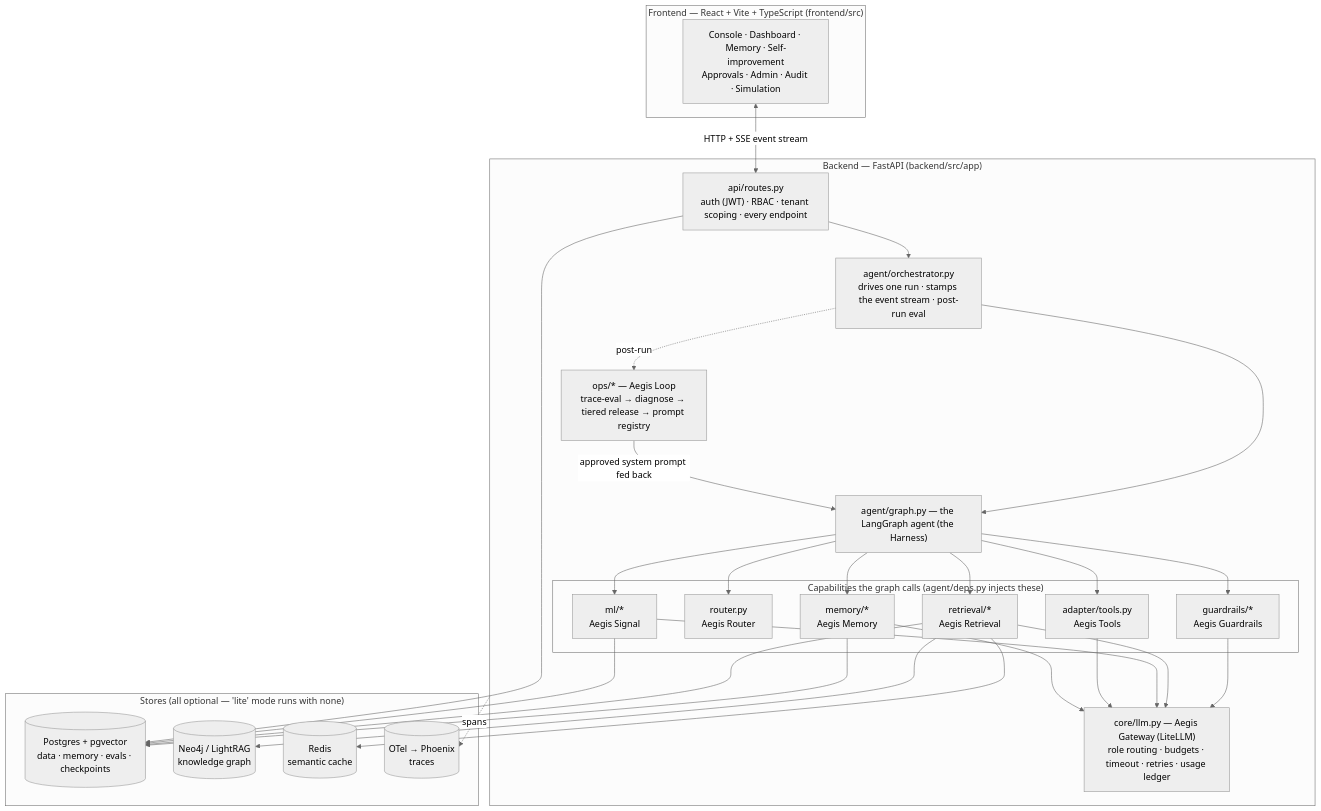
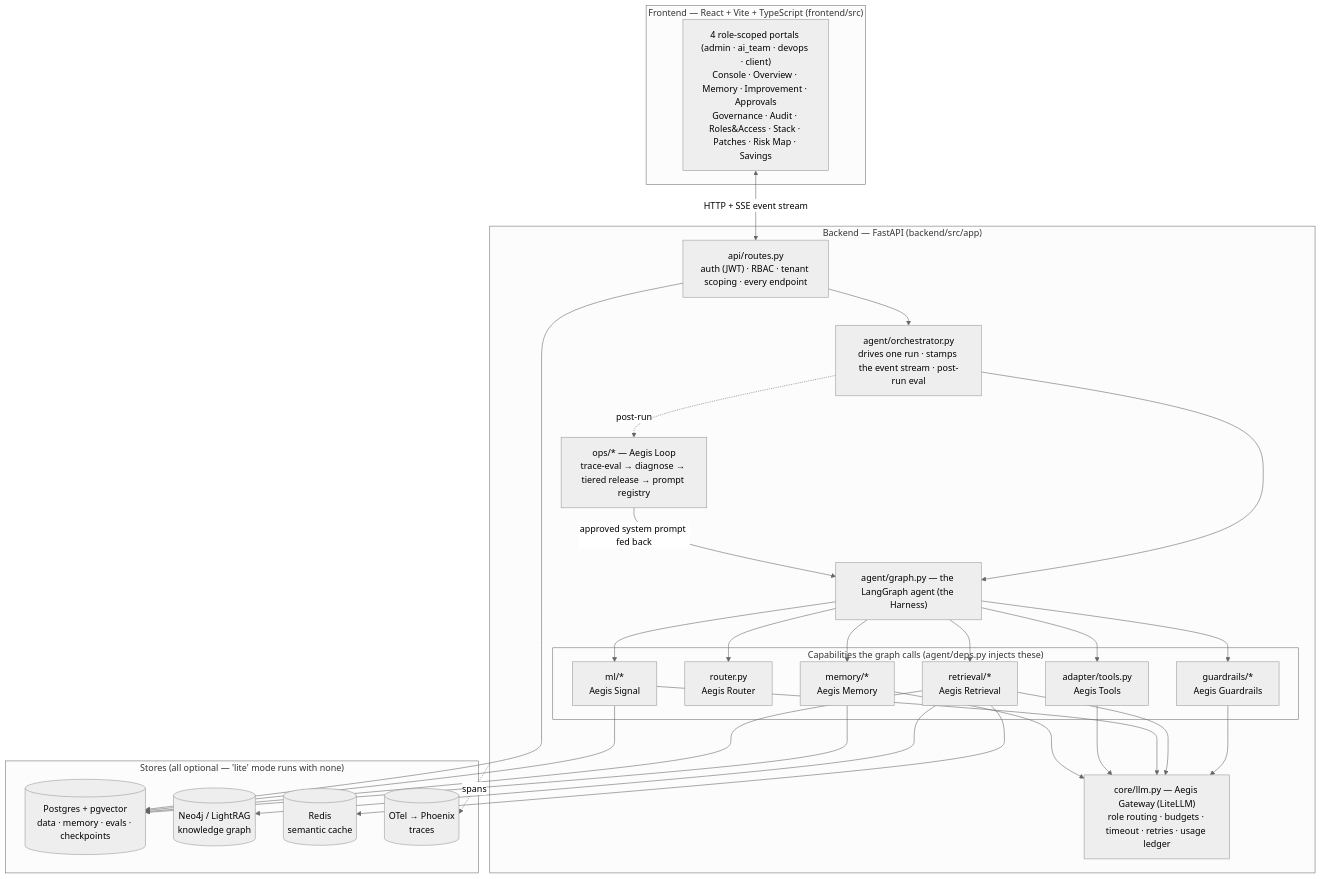
The second of 3 diagrams in docs/learn/00-overview.md (yrevash/aegis), drawn with Mermaid (neutral theme) before and after one commit. The commit also changed other lines of this file and 7 other files, not shown here.

````diff
--- a/docs/learn/00-overview.md
+++ b/docs/learn/00-overview.md
@@ -67,42 +67,42 @@
 ```mermaid
 flowchart TB
     subgraph FE["Frontend — React + Vite + TypeScript (frontend/src)"]
-        UI["Console · Dashboard · Memory · Self-improvement<br/>Approvals · Admin · Audit · Simulation"]
+        UI["4 role-scoped portals (admin · ai_team · devops · client)<br/>Console · Overview · Memory · Improvement · Approvals<br/>Governance · Audit · Roles&Access · Stack · Patches · Risk Map · Savings"]
     end
 
     subgraph BE["Backend — FastAPI (backend/src/app)"]
         R["api/routes.py<br/>auth (JWT) · RBAC · tenant scoping · every endpoint"]
         O["agent/orchestrator.py<br/>drives one run · stamps the event stream · post-run eval"]
         G["agent/graph.py — the LangGraph agent (the Harness)"]
         R --> O --> G
 
         subgraph CAPS["Capabilities the graph calls (agent/deps.py injects these)"]
             GR["guardrails/*<br/>Aegis Guardrails"]
             RT["router.py<br/>Aegis Router"]
             MEM["memory/*<br/>Aegis Memory"]
             RET["retrieval/*<br/>Aegis Retrieval"]
             ML["ml/*<br/>Aegis Signal"]
             TL["adapter/tools.py<br/>Aegis Tools"]
         end
         G --> GR & RT & MEM & RET & ML & TL
 
         GW["core/llm.py — Aegis Gateway (LiteLLM)<br/>role routing · budgets · timeout · retries · usage ledger"]
         GR & RET & ML & TL & MEM --> GW
 
         OPS["ops/* — Aegis Loop<br/>trace-eval → diagnose → tiered release → prompt registry"]
         O -.post-run.-> OPS
     end
 
     subgraph STORES["Stores (all optional — 'lite' mode runs with none)"]
         PG[("Postgres + pgvector<br/>data · memory · evals · checkpoints")]
         NEO[("Neo4j / LightRAG<br/>knowledge graph")]
         RED[("Redis<br/>semantic cache")]
         PHX[("OTel → Phoenix<br/>traces")]
     end
 
     UI <-->|"HTTP + SSE event stream"| R
     MEM & RET & ML & R --> PG
     RET --> NEO & RED
     BE -.spans.-> PHX
     OPS -->|"approved system prompt fed back"| G
 ```
````
